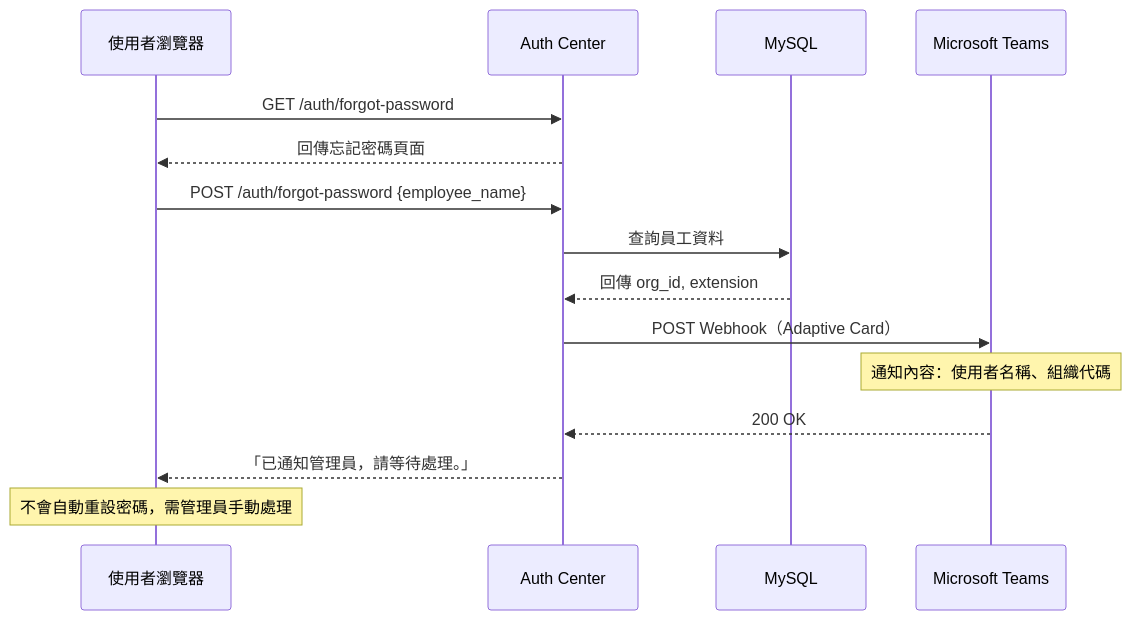
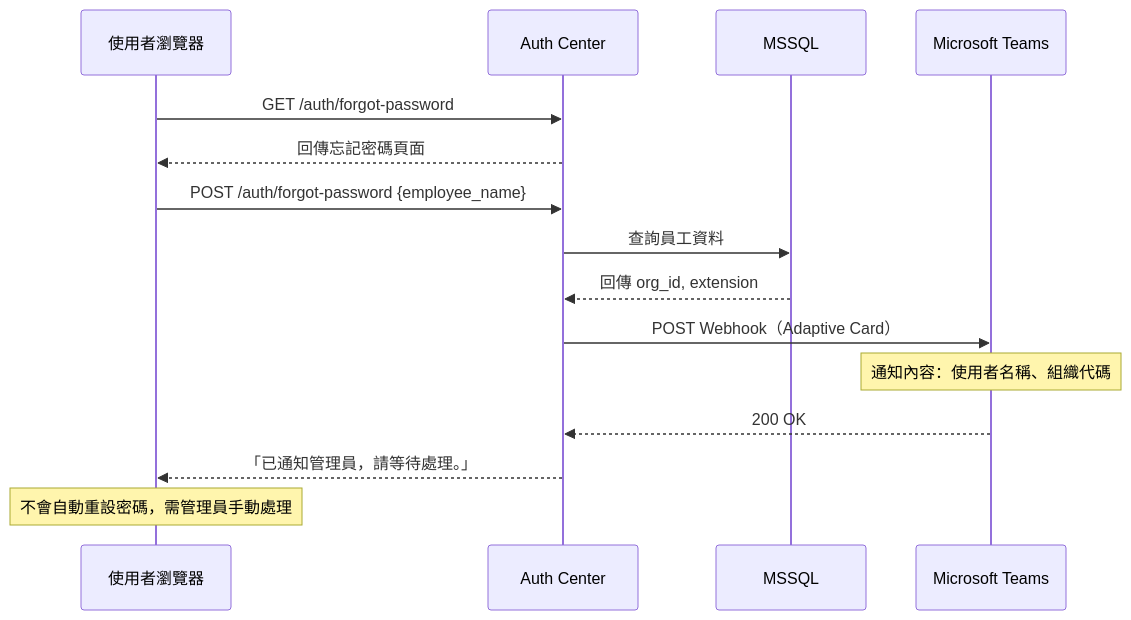
The fourth of 7 diagrams in README.md (bwinken/authcenter), drawn with Mermaid before and after one commit. The commit also changed other lines of this file and 10 other files, not shown here.

First line of the commit message:
refactor: migrate IT Master DB from MySQL to MSSQL

````diff
--- a/README.md
+++ b/README.md
@@ -495,19 +540,19 @@
 ```mermaid
 sequenceDiagram
     participant U as 使用者瀏覽器
     participant C as Auth Center
-    participant M as MySQL
+    participant M as MSSQL
     participant T as Microsoft Teams
 
     U->>C: GET /auth/forgot-password
     C-->>U: 回傳忘記密碼頁面
 
     U->>C: POST /auth/forgot-password {employee_name}
     C->>M: 查詢員工資料
     M-->>C: 回傳 org_id, extension
     C->>T: POST Webhook（Adaptive Card）
     Note over T: 通知內容：使用者名稱、組織代碼
     T-->>C: 200 OK
     C-->>U: 「已通知管理員，請等待處理。」
     Note over U: 不會自動重設密碼，需管理員手動處理
 ```
````
